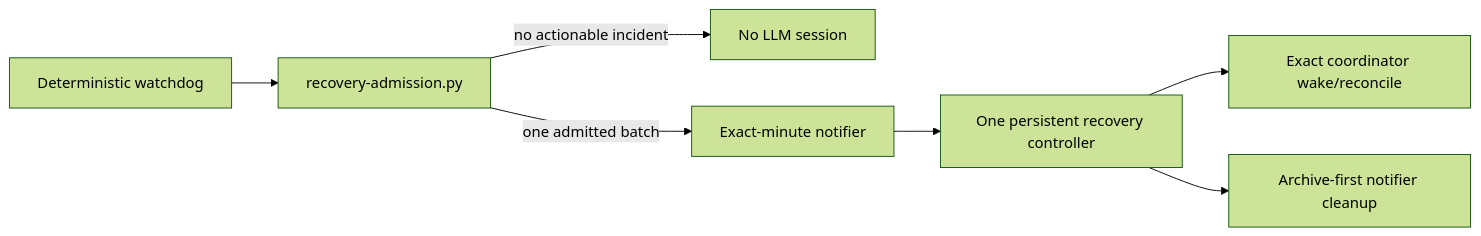
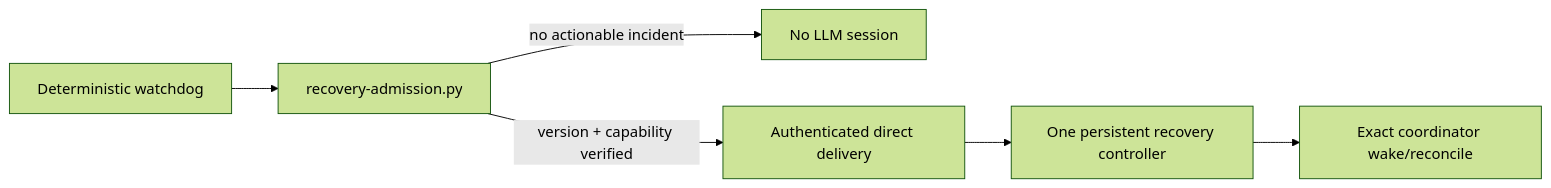
Before and after one commit to razumv/craft-protocol: the diagram in docs/SELF-HEALING-v3.2.1.md, drawn with Mermaid (forest theme). The commit also changed other lines of this file and 9 other files, not shown here.

Commit message:
Add authenticated direct recovery admission delivery

````diff
--- a/docs/SELF-HEALING-v3.2.1.md
+++ b/docs/SELF-HEALING-v3.2.1.md
@@ -7,9 +7,8 @@
 ```mermaid
 graph LR
   W[Deterministic watchdog] --> A[recovery-admission.py]
   A -->|no actionable incident| N[No LLM session]
-  A -->|one admitted batch| S[Exact-minute notifier]
-  S --> P[One persistent recovery controller]
+  A -->|version + capability verified| D[Authenticated direct delivery]
+  D --> P[One persistent recovery controller]
   P --> C[Exact coordinator wake/reconcile]
-  P --> R[Archive-first notifier cleanup]
 ```
````
